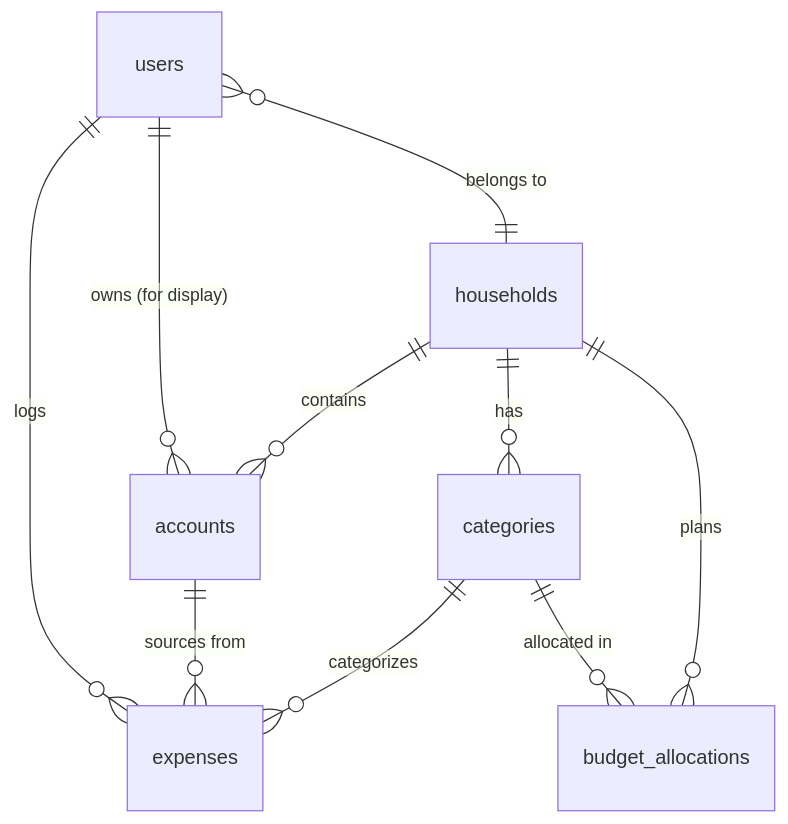
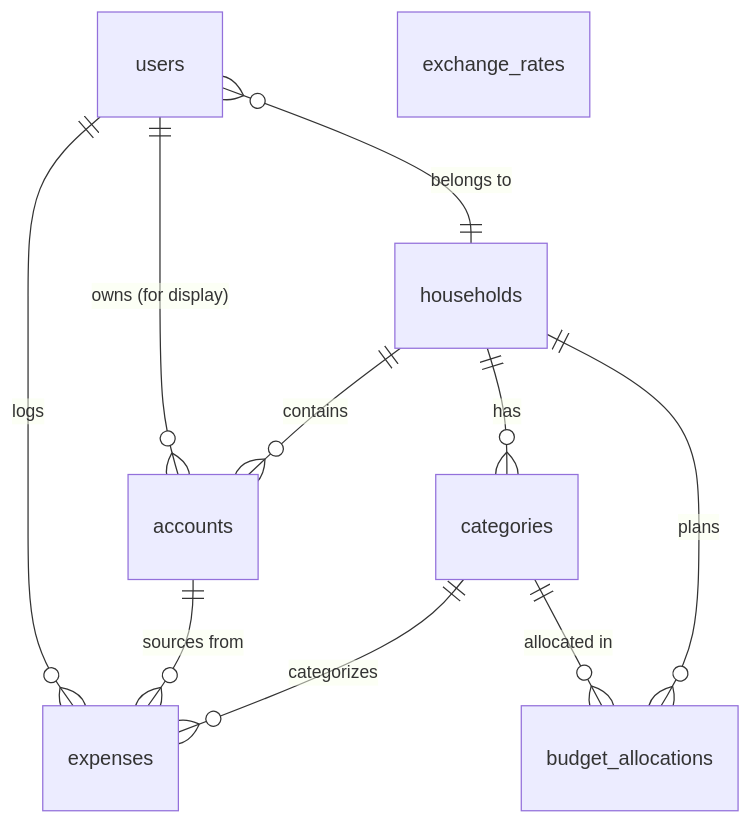
The diagram in DATA_MODEL.md (tucared/quick-budget), drawn with Mermaid before and after one commit. The commit also changed other lines of this file and 1 other file, not shown here.

First line of the commit message:
Document exchange rate system in CLAUDE.md and DATA_MODEL.md

````diff
--- a/DATA_MODEL.md
+++ b/DATA_MODEL.md
@@ -9,22 +9,23 @@
 ```mermaid
 erDiagram
     users }o--|| households : "belongs to"
     users ||--o{ expenses : "logs"
     users ||--o{ accounts : "owns (for display)"
 
     accounts ||--o{ expenses : "sources from"
 
     categories ||--o{ expenses : "categorizes"
     categories ||--o{ budget_allocations : "allocated in"
-    
+
     households ||--o{ accounts : "contains"
     households ||--o{ categories : "has"
     households ||--o{ budget_allocations : "plans"
 
     users
     households
     categories
     budget_allocations
     expenses
     accounts
+    exchange_rates
 ```
````
